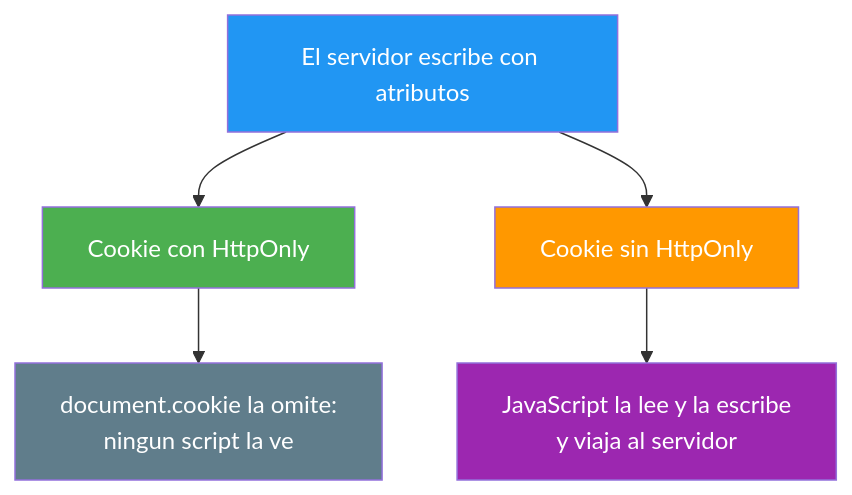
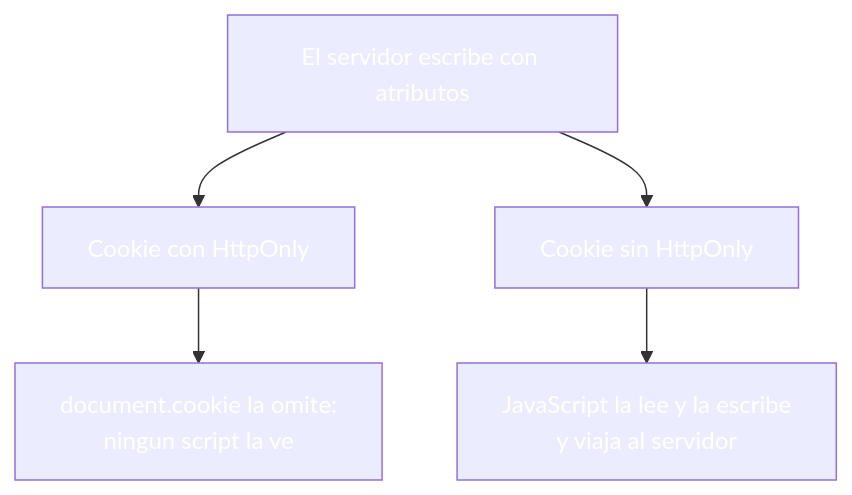
The third of 7 diagrams in 18-cookies-sesiones-cliente.md (joseluisgs/DesarrolloWebEntornosServidor-03-2026-2027), drawn with Mermaid before and after one commit. The commit also changed other lines of this file and 30 other files, not shown here.

````diff
--- a/18-cookies-sesiones-cliente.md
+++ b/18-cookies-sesiones-cliente.md
@@ -241,12 +241,12 @@
 ```mermaid
 graph TD
     S["El servidor escribe con atributos"] --> H["Cookie con HttpOnly"]
     S --> N["Cookie sin HttpOnly"]
     H --> JH["document.cookie la omite:<br/>ningun script la ve"]
     N --> JN["JavaScript la lee y la escribe<br/>y viaja al servidor"]
-    style S fill:#2196F3,color:#fff
-    style H fill:#4CAF50,color:#fff
-    style N fill:#FF9800,color:#fff
-    style JH fill:#607D8B,color:#fff
-    style JN fill:#9C27B0,color:#fff
+    style S fill:#2196F,color:#fff3,color:#fff
+    style H fill:#4CAF5,color:#fff0,color:#fff
+    style N fill:#FF980,color:#fff0,color:#fff
+    style JH fill:#607D8,color:#fffB,color:#fff
+    style JN fill:#9C27B,color:#fff0,color:#fff
 ```
````
